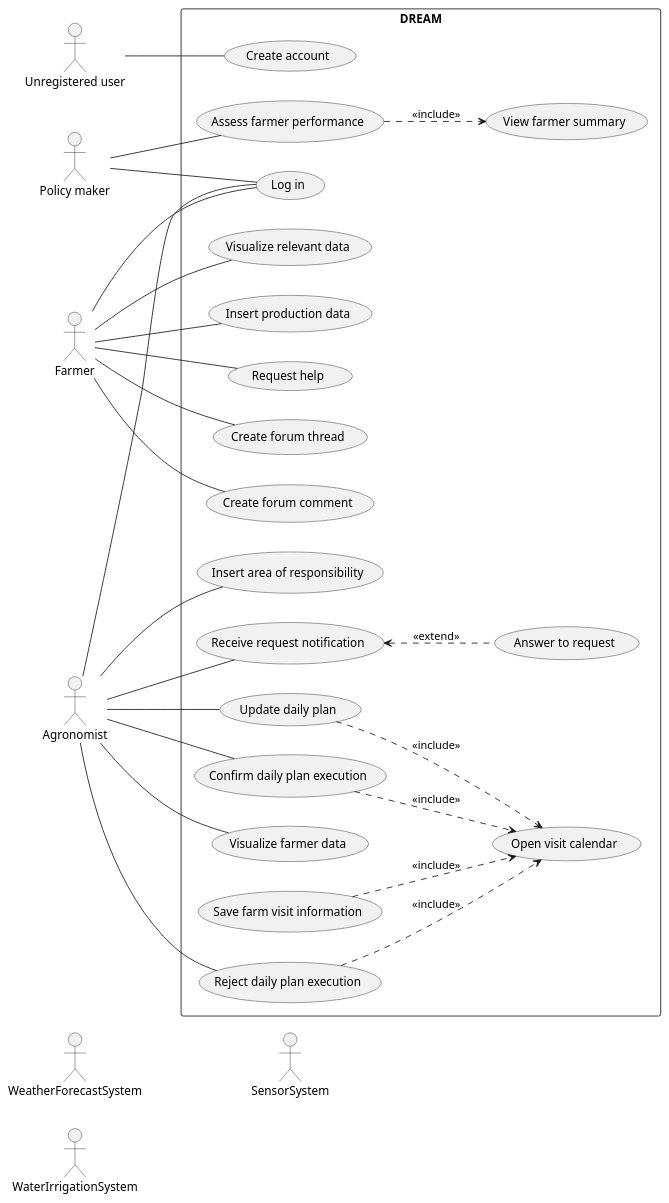
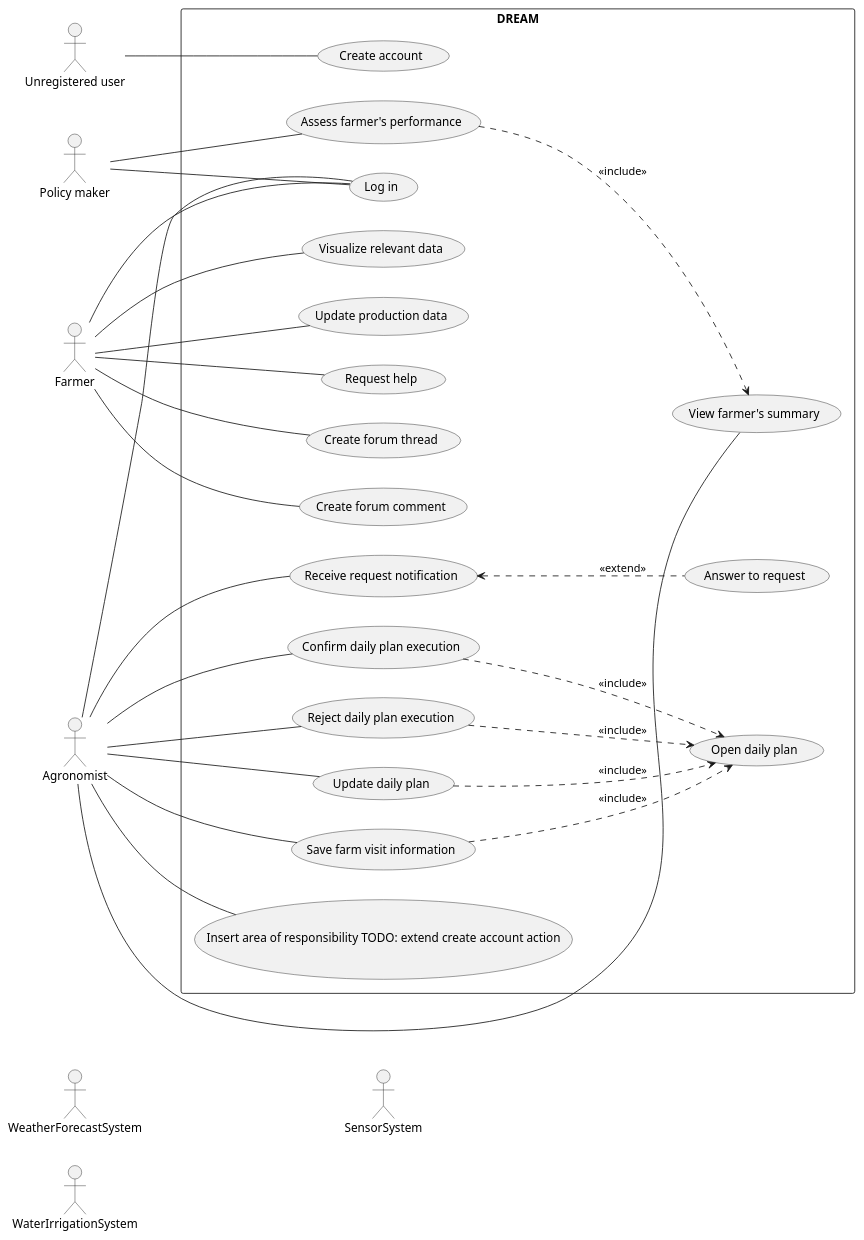
Before and after one commit to Astenna/DREAM: the diagram in RASD/uml/uc.puml, drawn with PlantUML. The commit also changed 4 other files, not shown here.

Commit message:
Consistency fixes in diagrams and 1,2 chapters

```diff
--- a/RASD/uml/uc.puml
+++ b/RASD/uml/uc.puml
@@ -1,116 +1,117 @@
 @startuml Use case
 left to right direction
 skinparam packageStyle rectangle
 
 'Primary - should be on the left side
 actor :Unregistered user: as UnregUser
 actor :Policy maker: as PolMaker
 actor :Farmer:
 actor :Agronomist:
 
 'Secondary - should be on the right side
 actor :WeatherForecastSystem:
 actor :WaterIrrigationSystem:
 actor :SensorSystem:
 
 'visualisations - less details or additional phenomenas? as in lower diagram
 'there are MANY missing phenomenas, that can be deducted from UC
 'about SP: which is better?? - maybe a question to tamburri
 '   "The system visualizes data ... for argonomist"
 '   "The system visualizes data ..."
 '   "Agronomist visualizes data"
 rectangle DREAM {
     '''''''''''Common'''''''''''
     UnregUser -- (Create account)
     PolMaker -- (Log in)
     Agronomist -- (Log in)
 
     '''''''''''Farmer'''''''''''
     Farmer -- (Log in)
     Farmer -- (Visualize relevant data)
     'should providers be included? maybe a question to tamburri
     ' (Visualize relevant data) ..> (Provide information about weather forecasts) : <<include>>
     ' (Visualize relevant data) ..> (Provide information about soil humidity) : <<include>>
     ' (Visualize relevant data) ..> (Provide information about used water) : <<include>>
     ' (Provide information about weather forecasts) -- WeatherForecastSystem 
     ' (Provide information about soil humidity) -- SensorSystem
     ' (Provide information about used water) -- WaterIrrigationSystem
-    Farmer -- (Insert production data)
+    Farmer -- (Update production data)
     Farmer -- (Request help)
     Farmer -- (Create forum thread)
     Farmer -- (Create forum comment)
     
     '''''''''''Agronomist'''''''''''
-    Agronomist -- (Insert area of responsibility)
+    Agronomist -- (Insert area of responsibility TODO: extend create account action)
     Agronomist -- (Receive request notification)
     (Receive request notification) <.. (Answer to request) : <<extend>>
-    Agronomist -- (Visualize farmer data)
+    Agronomist -- (View farmer's summary)
     Agronomist -- (Update daily plan)
     Agronomist -- (Confirm daily plan execution)
     Agronomist -- (Reject daily plan execution)
-    (Update daily plan) ..> (Open visit calendar) : <<include>>
-    (Confirm daily plan execution) ..> (Open visit calendar) : <<include>>
-    (Reject daily plan execution) ..> (Open visit calendar) : <<include>>
-    (Save farm visit information) ..> (Open visit calendar) : <<include>>
+    Agronomist -- (Save farm visit information)
+    (Update daily plan) ..> (Open daily plan) : <<include>>
+    (Confirm daily plan execution) ..> (Open daily plan) : <<include>>
+    (Reject daily plan execution) ..> (Open daily plan) : <<include>>
+    (Save farm visit information) ..> (Open daily plan) : <<include>>
 
     '''''''''''Policy maker'''''''''''
-    PolMaker -- (Assess farmer performance)
-    (Assess farmer performance) ..> (View farmer summary) : <<include>>
+    PolMaker -- (Assess farmer's performance)
+    (Assess farmer's performance) ..> (View farmer's summary) : <<include>>
 
 }
 
 
 
 
 
 
 
 
 
 
 
 
 
 
 
 
 
 
 
 
 
 
 
 
 ' rectangle DREAM {
 '     '''''''''''Common'''''''''''
 '     UnregUser -- (Create account)
 '     PolMaker -- (Log in)
 '     Agronomist -- (Log in)
 
 '     '''''''''''Farmer'''''''''''
 '     Farmer -- (Log in)
 '     Farmer -- (Visualize relevant data)
 '     'should providers be included? maybe a question to tamburri
 '     ' (Visualize relevant data) ..> (Provide information about weather forecasts) : <<include>>
 '     ' (Visualize relevant data) ..> (Provide information about soil humidity) : <<include>>
 '     ' (Visualize relevant data) ..> (Provide information about used water) : <<include>>
 '     ' (Provide information about weather forecasts) -- WeatherForecastSystem 
 '     ' (Provide information about soil humidity) -- SensorSystem
 '     ' (Provide information about used water) -- WaterIrrigationSystem
 '     Farmer -- (Visualize production data)
 '     (Visualize production data) <.. (Insert production data) : <<extend>>
 '     Farmer -- (Request help)
 '     Farmer -- (View forum)
 '     (View forum) <.. (Create forum thread) : <<extend>>
 '     (View forum) <.. (View forum thread) : <<extend>>
 '     (View forum thread) <. (Create forum comment) : <<extend>>
     
 '     'visualisations - less details or additional phenomenas?
 '     '''''''''''Agronomist'''''''''''
 '     Agronomist -- (Visualize area of responsibility)
 '     (Visualize area of responsibility) <.. (Insert area of responsibility) : <<extend>>
 
 
 ' }
 @enduml
```
